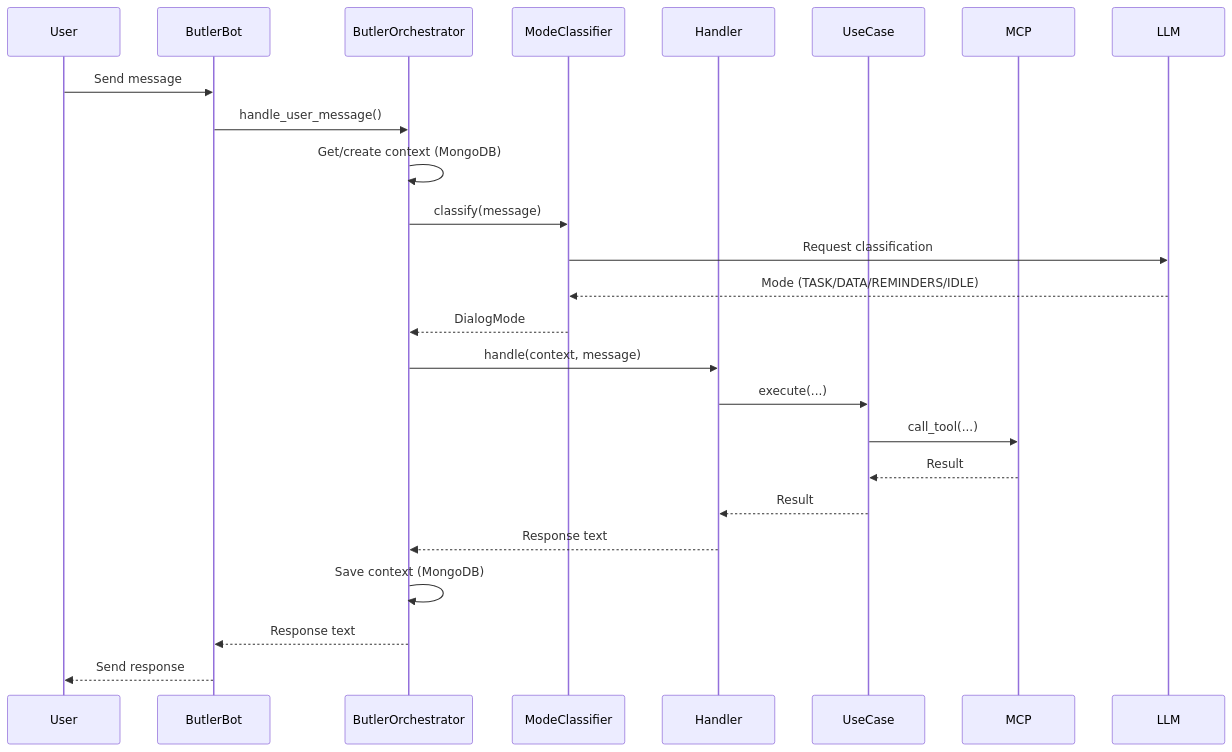
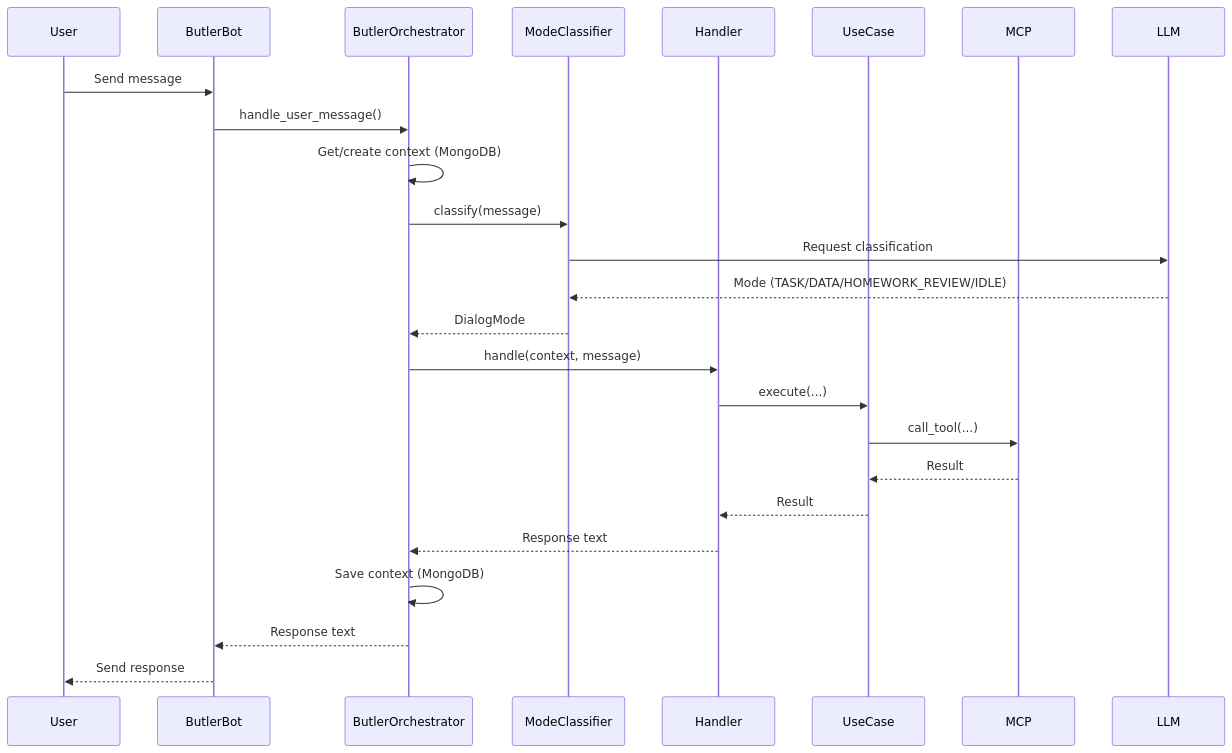
Before and after one commit to fall-out-bug/AI_Advent_Challenge: the second of 3 diagrams in docs/ARCHITECTURE.md, drawn with Mermaid. The commit also changed other lines of this file and 209 other files, not shown here.

````diff
--- a/docs/ARCHITECTURE.md
+++ b/docs/ARCHITECTURE.md
@@ -322,28 +320,28 @@
 ```mermaid
 sequenceDiagram
     participant User
     participant ButlerBot
     participant ButlerOrch as ButlerOrchestrator
     participant ModeClass as ModeClassifier
     participant Handler
     participant UseCase
     participant MCP
     participant LLM
-    
+
     User->>ButlerBot: Send message
     ButlerBot->>ButlerOrch: handle_user_message()
     ButlerOrch->>ButlerOrch: Get/create context (MongoDB)
     ButlerOrch->>ModeClass: classify(message)
     ModeClass->>LLM: Request classification
-    LLM-->>ModeClass: Mode (TASK/DATA/REMINDERS/IDLE)
+    LLM-->>ModeClass: Mode (TASK/DATA/HOMEWORK_REVIEW/IDLE)
     ModeClass-->>ButlerOrch: DialogMode
     ButlerOrch->>Handler: handle(context, message)
     Handler->>UseCase: execute(...)
     UseCase->>MCP: call_tool(...)
     MCP-->>UseCase: Result
     UseCase-->>Handler: Result
     Handler-->>ButlerOrch: Response text
     ButlerOrch->>ButlerOrch: Save context (MongoDB)
     ButlerOrch-->>ButlerBot: Response text
     ButlerBot-->>User: Send response
 ```
````
